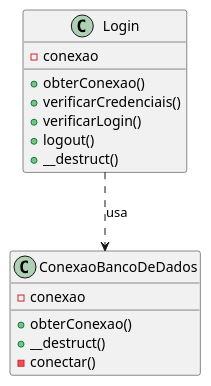
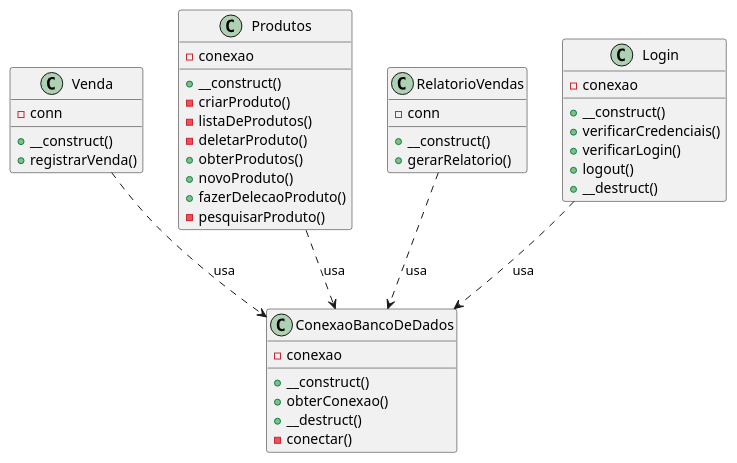
One commit to PI-2-semestre-DSM/app-acad changed the diagram in Diagramas/Classe/Classe.puml. Above: the diagram before and after it, drawn with PlantUML.

Commit message:
Update Classe.puml
Atualização do código de classe, inserindo as novas classes

```diff
--- a/Diagramas/Classe/Classe.puml
+++ b/Diagramas/Classe/Classe.puml
@@ -1,21 +1,49 @@
 @startuml
 
 class ConexaoBancoDeDados {
     - conexao
+    + __construct()
     + obterConexao()
     + __destruct()
     - conectar()
 }
 
+class Venda {
+    - conn
+    + __construct()
+    + registrarVenda()
+}
+
+class Produtos {
+    - conexao
+    + __construct()
+    - criarProduto()
+    - listaDeProdutos()
+    - deletarProduto()
+    + obterProdutos()
+    + novoProduto()
+    + fazerDelecaoProduto()
+    - pesquisarProduto()
+}
+
+class RelatorioVendas {
+    - conn
+    + __construct()
+    + gerarRelatorio()
+}
+
 class Login {
     - conexao
-    + obterConexao()
+    + __construct()
     + verificarCredenciais()
     + verificarLogin()
     + logout()
     + __destruct()
 }
 
+Venda ..> ConexaoBancoDeDados : usa
+Produtos ..> ConexaoBancoDeDados : usa
+RelatorioVendas ..> ConexaoBancoDeDados : usa
 Login ..> ConexaoBancoDeDados : usa
 
 @enduml
```
